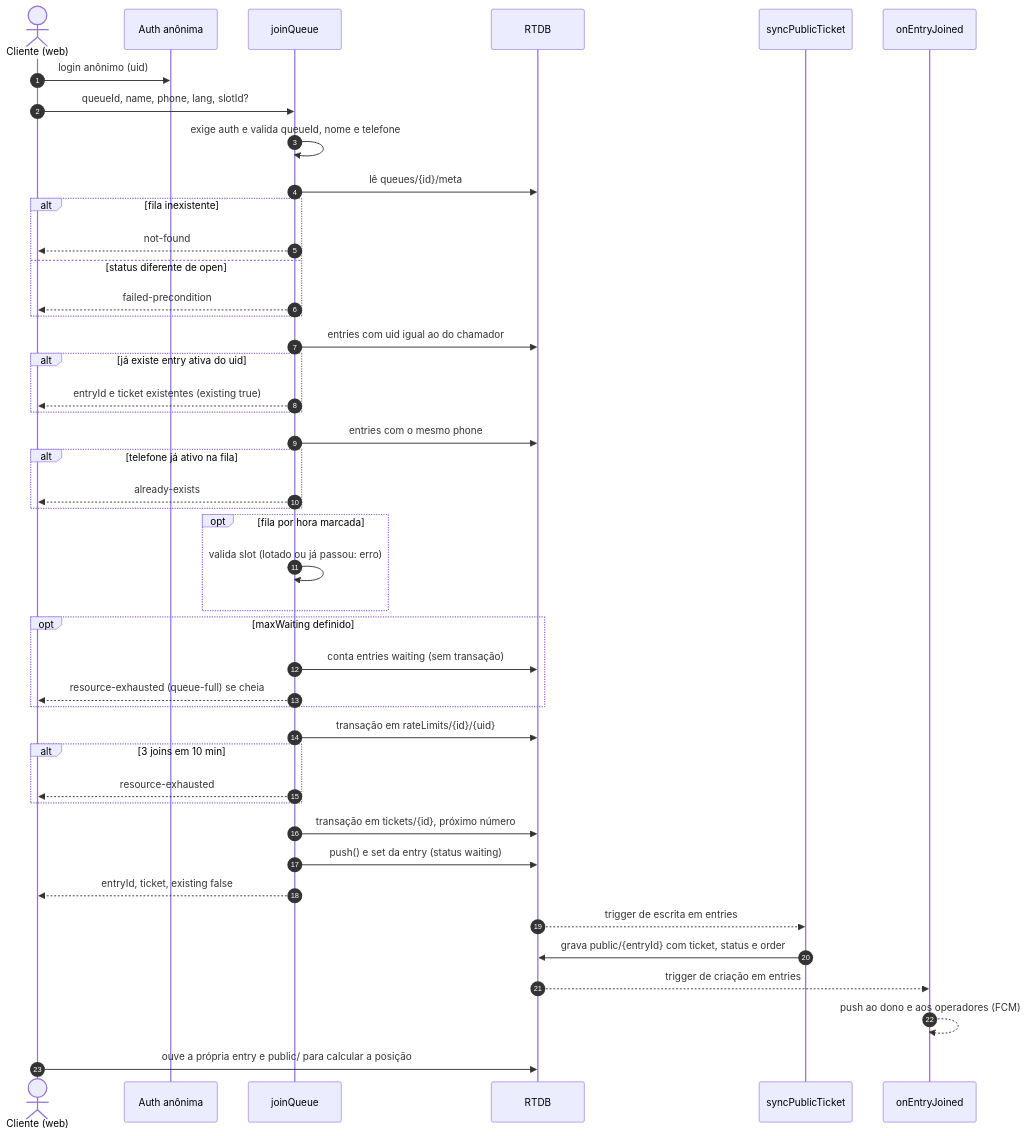
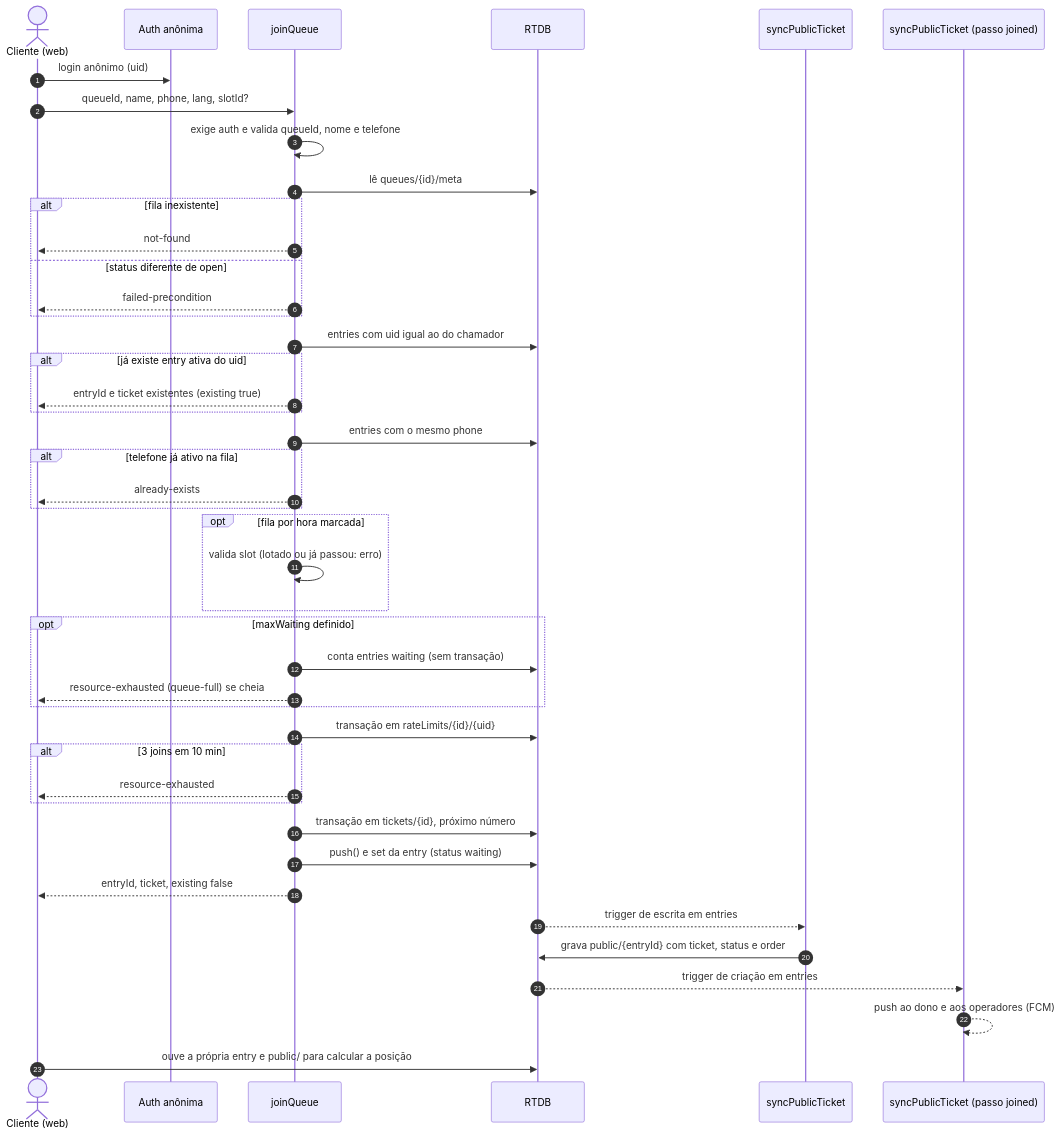
The second of 5 diagrams in docs/arquitetura/diagramas.md (felipeselau/qio), drawn with Mermaid before and after one commit. The commit also changed other lines of this file and 12 other files, not shown here.

````diff
--- a/docs/arquitetura/diagramas.md
+++ b/docs/arquitetura/diagramas.md
@@ -51,47 +51,47 @@
 ```mermaid
 sequenceDiagram
   autonumber
   actor C as Cliente (web)
   participant A as Auth anônima
   participant J as joinQueue
   participant R as RTDB
   participant S as syncPublicTicket
-  participant P as onEntryJoined
+  participant P as syncPublicTicket (passo joined)
 
   C->>A: login anônimo (uid)
   C->>J: queueId, name, phone, lang, slotId?
   J->>J: exige auth e valida queueId, nome e telefone
   J->>R: lê queues/{id}/meta
   alt fila inexistente
     J-->>C: not-found
   else status diferente de open
     J-->>C: failed-precondition
   end
   J->>R: entries com uid igual ao do chamador
   alt já existe entry ativa do uid
     J-->>C: entryId e ticket existentes (existing true)
   end
   J->>R: entries com o mesmo phone
   alt telefone já ativo na fila
     J-->>C: already-exists
   end
   opt fila por hora marcada
     J->>J: valida slot (lotado ou já passou: erro)
   end
   opt maxWaiting definido
     J->>R: conta entries waiting (sem transação)
     J-->>C: resource-exhausted (queue-full) se cheia
   end
   J->>R: transação em rateLimits/{id}/{uid}
   alt 3 joins em 10 min
     J-->>C: resource-exhausted
   end
   J->>R: transação em tickets/{id}, próximo número
   J->>R: push() e set da entry (status waiting)
   J-->>C: entryId, ticket, existing false
   R-->>S: trigger de escrita em entries
   S->>R: grava public/{entryId} com ticket, status e order
   R-->>P: trigger de criação em entries
   P-->>P: push ao dono e aos operadores (FCM)
   C->>R: ouve a própria entry e public/ para calcular a posição
 ```
````
